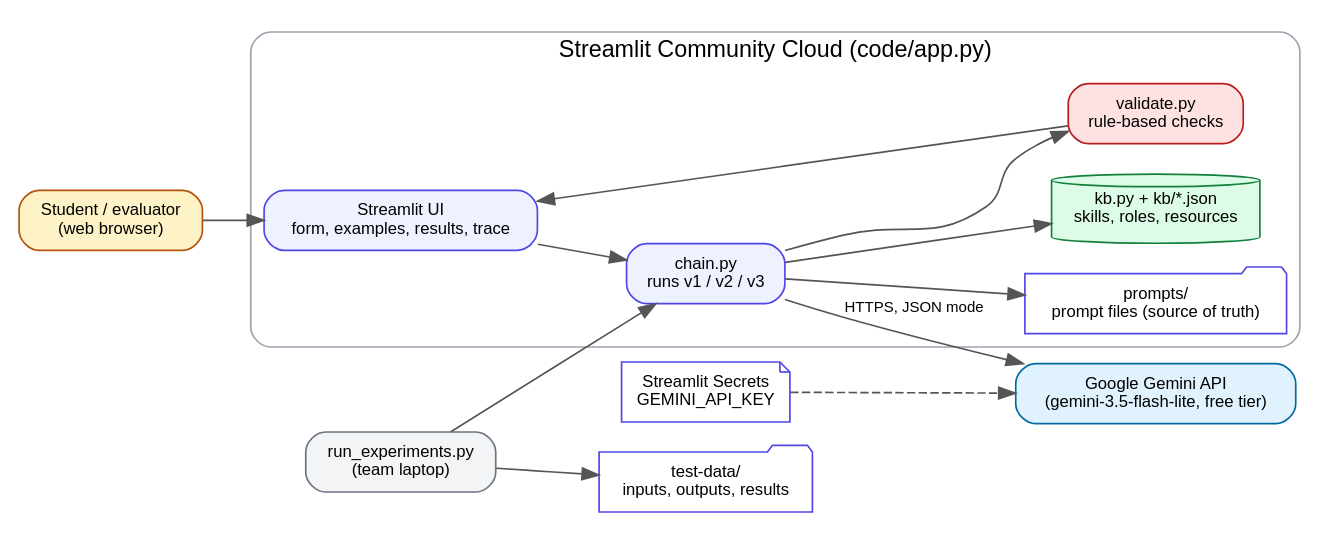
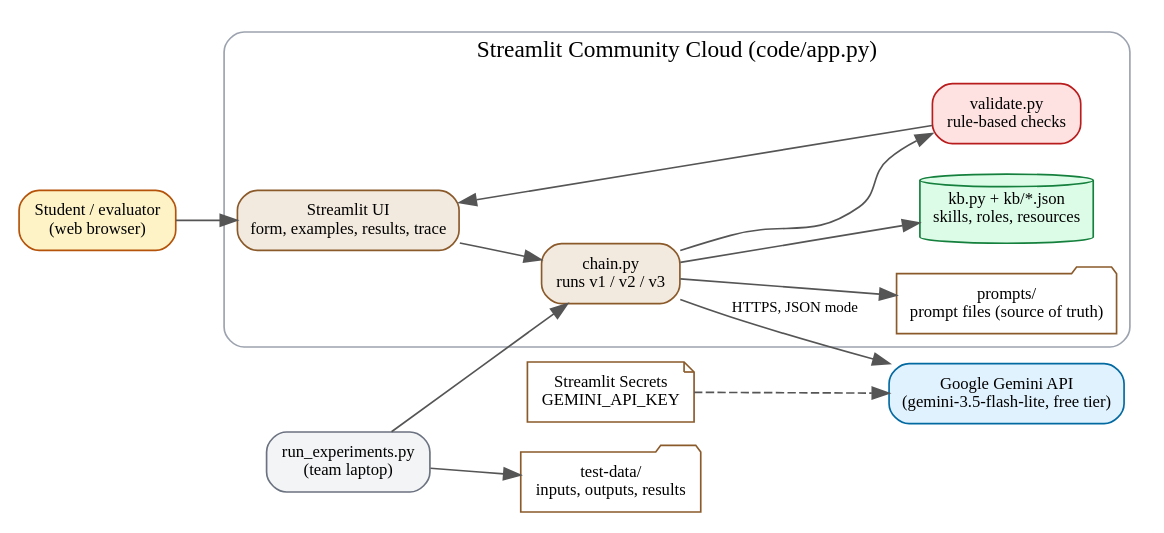
The diagram in docs/diagrams/system_architecture.dot (vanshchaudhary2810/skillit-prompt), drawn with Graphviz before and after one commit. The commit also changed 15 other files, not shown here.

```diff
--- a/docs/diagrams/system_architecture.dot
+++ b/docs/diagrams/system_architecture.dot
@@ -1,8 +1,8 @@
-digraph G { rankdir=LR; compound=true; node [fontname="Helvetica", fontsize=10, style="rounded,filled", shape=box, fillcolor="#EEF2FF", color="#4F46E5"]; edge [fontname="Helvetica", fontsize=9, color="#555555"];
+digraph G { rankdir=LR; compound=true; node [fontname="Liberation Serif", fontsize=10, style="rounded,filled", shape=box, fillcolor="#F3EADF", color="#8B5A2B"]; edge [fontname="Liberation Serif", fontsize=9, color="#555555"];
 u [label="Student / evaluator\n(web browser)", shape=box, fillcolor="#FEF3C7", color="#B45309"];
-subgraph cluster_app { label="Streamlit Community Cloud (code/app.py)"; fontname="Helvetica"; style="rounded"; color="#9CA3AF";
+subgraph cluster_app { label="Streamlit Community Cloud (code/app.py)"; fontname="Liberation Serif"; style="rounded"; color="#9CA3AF";
  ui [label="Streamlit UI\nform, examples, results, trace"]; ch [label="chain.py\nruns v1 / v2 / v3"]; pr [label="prompts/\nprompt files (source of truth)", shape=folder, fillcolor="#FFFFFF"]; kbx [label="kb.py + kb/*.json\nskills, roles, resources", shape=cylinder, fillcolor="#DCFCE7", color="#15803D"]; va [label="validate.py\nrule-based checks", fillcolor="#FEE2E2", color="#B91C1C"]; }
 g [label="Google Gemini API\n(gemini-3.5-flash-lite, free tier)", fillcolor="#E0F2FE", color="#0369A1"];
 sec [label="Streamlit Secrets\nGEMINI_API_KEY", shape=note, fillcolor="#FFFFFF"];
 ex [label="run_experiments.py\n(team laptop)", fillcolor="#F3F4F6", color="#6B7280"]; td [label="test-data/\ninputs, outputs, results", shape=folder, fillcolor="#FFFFFF"];
 u -> ui; ui -> ch; ch -> pr; ch -> kbx; ch -> g [label="HTTPS, JSON mode"]; sec -> g [style=dashed]; ch -> va -> ui; ex -> ch; ex -> td; }
```
